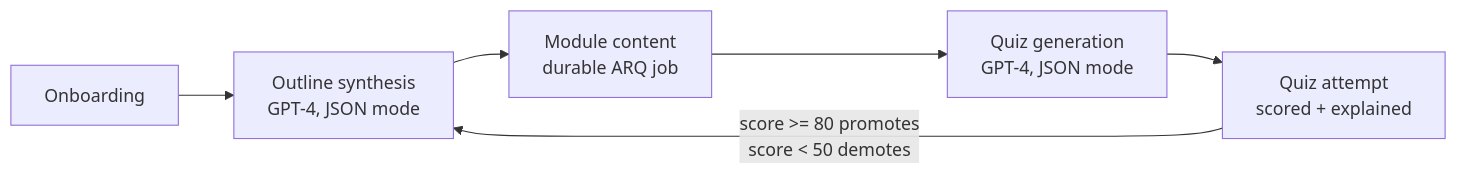
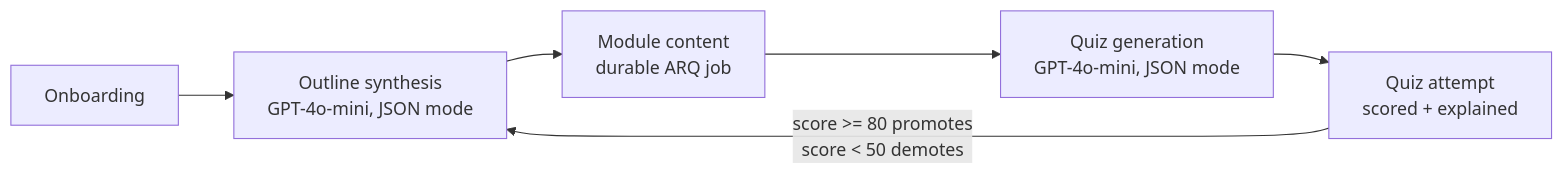
One commit to riyagmehta/AI-Powered-Adaptive-Course-Generation-Platform changed the first of 3 diagrams in README.md. Above: the diagram before and after it, drawn with Mermaid. The commit also changed other lines of this file, not shown here.

````diff
--- a/README.md
+++ b/README.md
@@ -12,8 +152,8 @@
 ```mermaid
 flowchart LR
-    A[Onboarding] --> B[Outline synthesis\nGPT-4, JSON mode]
+    A[Onboarding] --> B[Outline synthesis\nGPT-4o-mini, JSON mode]
     B --> C[Module content\ndurable ARQ job]
-    C --> D[Quiz generation\nGPT-4, JSON mode]
+    C --> D[Quiz generation\nGPT-4o-mini, JSON mode]
     D --> E[Quiz attempt\nscored + explained]
     E -->|"score >= 80 promotes\nscore < 50 demotes"| B
 ```
````
